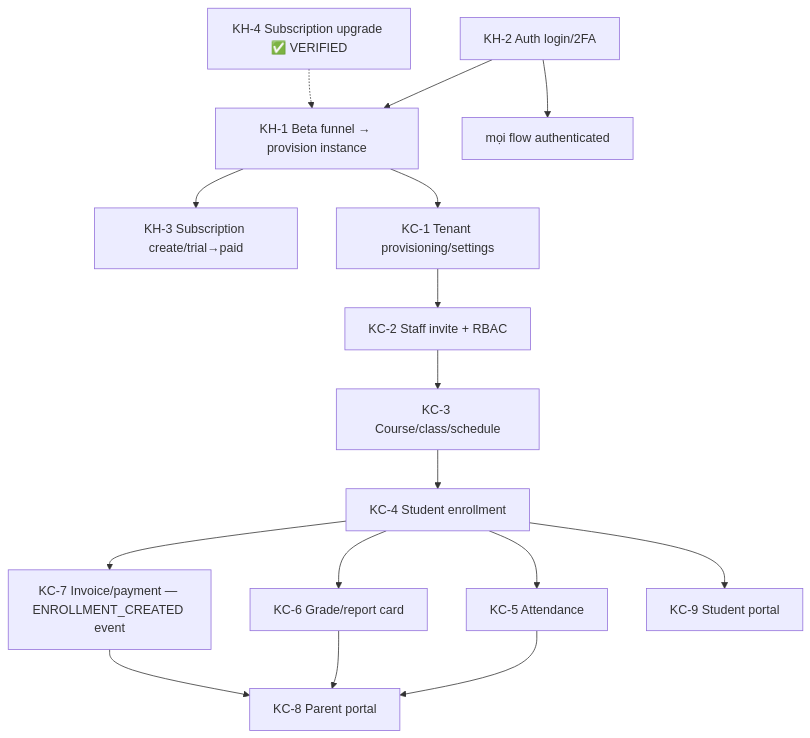
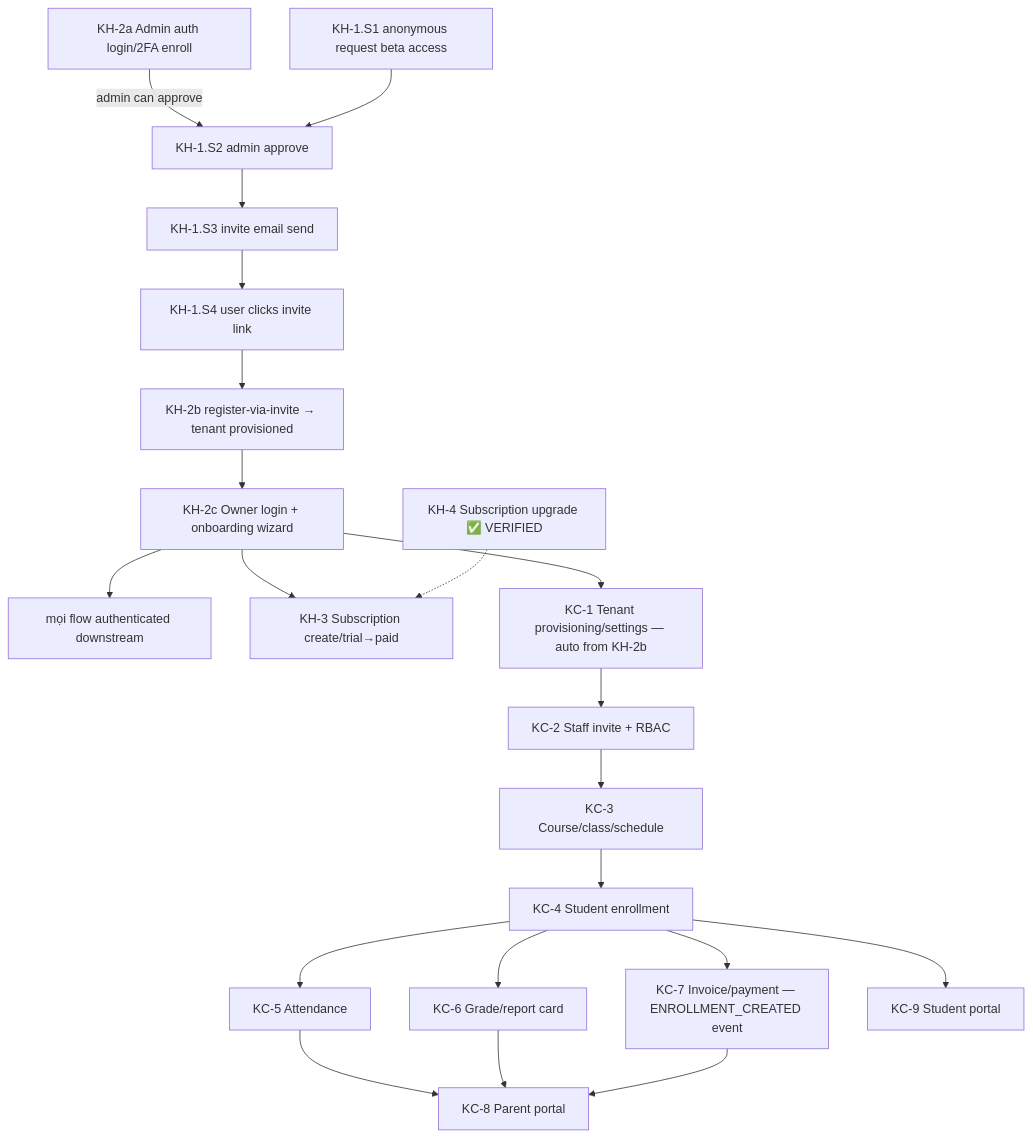
One commit to VictorAurelius/2026-Kite-Class-Platform changed the diagram in documents/03-planning/roadmap/flow-verification-campaign.md. Above: the diagram before and after it, drawn with Mermaid. The commit also changed other lines of this file and 10 other files, not shown here.

First line of the commit message:
docs(flow-kh2): wave plan + campaign loop start (#2146)

````diff
--- a/documents/03-planning/roadmap/flow-verification-campaign.md
+++ b/documents/03-planning/roadmap/flow-verification-campaign.md
@@ -51,18 +56,23 @@
 ```mermaid
 flowchart TD
-    KH2[KH-2 Auth login/2FA] --> KH1[KH-1 Beta funnel → provision instance]
-    KH2 --> ALL[mọi flow authenticated]
-    KH1 --> KH3[KH-3 Subscription create/trial→paid]
-    KH1 --> KC1[KC-1 Tenant provisioning/settings]
+    KH2a[KH-2a Admin auth login/2FA enroll] -->|admin can approve| KH1S2[KH-1.S2 admin approve]
+    KH1S1[KH-1.S1 anonymous request beta access] --> KH1S2
+    KH1S2 --> KH1S3[KH-1.S3 invite email send]
+    KH1S3 --> KH1S4[KH-1.S4 user clicks invite link]
+    KH1S4 --> KH2b[KH-2b register-via-invite → tenant provisioned]
+    KH2b --> KH2c[KH-2c Owner login + onboarding wizard]
+    KH2c --> ALL[mọi flow authenticated downstream]
+    KH2c --> KH3[KH-3 Subscription create/trial→paid]
+    KH2c --> KC1[KC-1 Tenant provisioning/settings — auto from KH-2b]
     KC1 --> KC2[KC-2 Staff invite + RBAC]
     KC2 --> KC3[KC-3 Course/class/schedule]
     KC3 --> KC4[KC-4 Student enrollment]
     KC4 --> KC5[KC-5 Attendance]
     KC4 --> KC6[KC-6 Grade/report card]
     KC4 --> KC7[KC-7 Invoice/payment — ENROLLMENT_CREATED event]
     KC5 --> KC8[KC-8 Parent portal]
     KC6 --> KC8
     KC7 --> KC8
     KC4 --> KC9[KC-9 Student portal]
-    KH4[KH-4 Subscription upgrade ✅ VERIFIED] -.-> KH1
+    KH4[KH-4 Subscription upgrade ✅ VERIFIED] -.-> KH3
 ```
````
